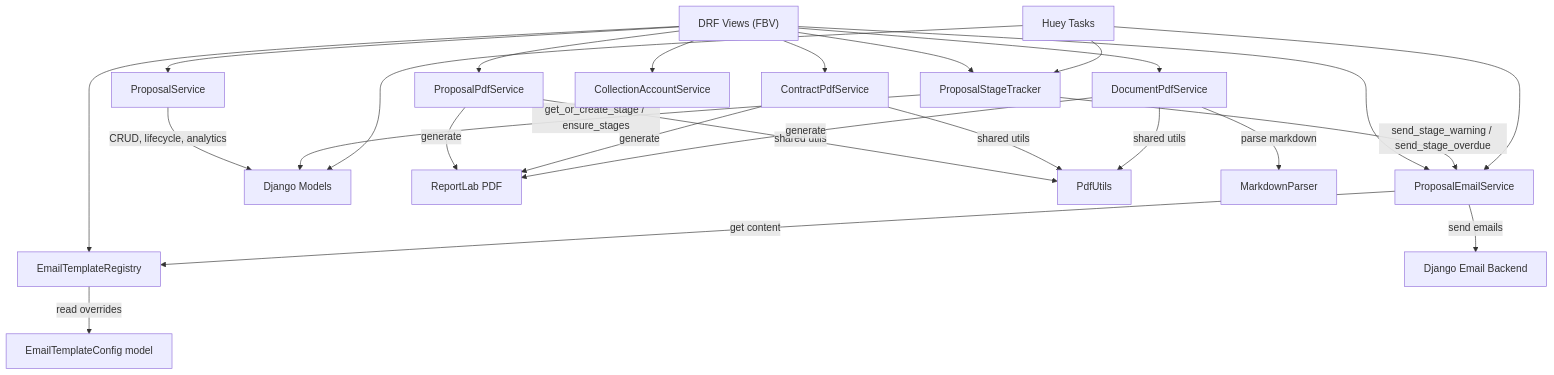
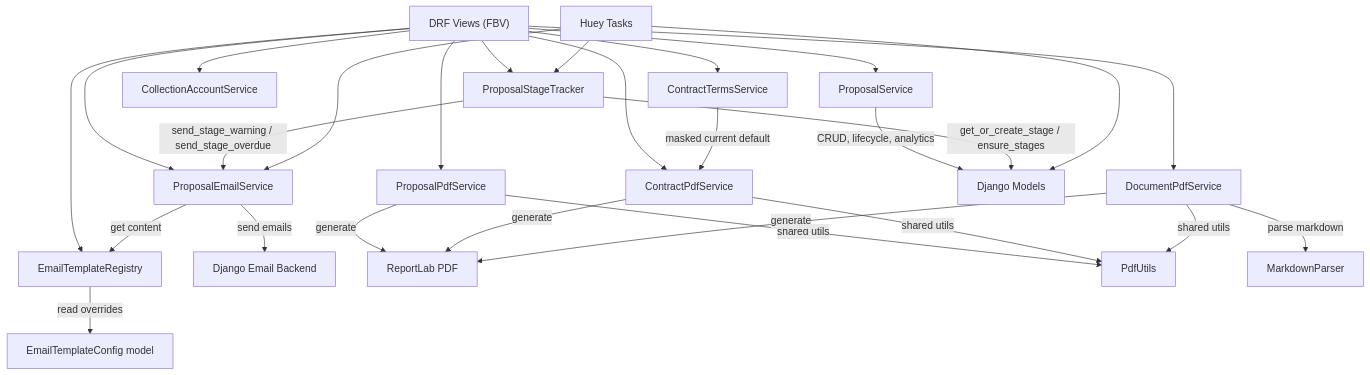
The fifth of 12 diagrams in docs/methodology/architecture.md (gustavop-dev/projectapp), drawn with Mermaid before and after one commit. The commit also changed other lines of this file and 52 other files, not shown here.

First line of the commit message:
feat: add contract terms proposal mode (#234)

````diff
--- a/docs/methodology/architecture.md
+++ b/docs/methodology/architecture.md
@@ -217,29 +217,31 @@
 ```mermaid
 flowchart TD
     Views["DRF Views (FBV)"] --> PS["ProposalService"]
     Views --> PES["ProposalEmailService"]
     Views --> PPDF["ProposalPdfService"]
     Views --> CPDF["ContractPdfService"]
+    Views --> CTS["ContractTermsService"]
     Views --> ETR["EmailTemplateRegistry"]
     Views --> DPS["DocumentPdfService"]
     Views --> CAS["CollectionAccountService"]
     Views --> PST["ProposalStageTracker"]
 
     PS -->|CRUD, lifecycle, analytics| Models["Django Models"]
     PES -->|send emails| SMTP["Django Email Backend"]
     PES -->|get content| ETR
     PST -->|get_or_create_stage / ensure_stages| Models
     PST -->|send_stage_warning / send_stage_overdue| PES
     PPDF -->|generate| ReportLab["ReportLab PDF"]
     PPDF -->|shared utils| PU["PdfUtils"]
     CPDF -->|generate| ReportLab
     CPDF -->|shared utils| PU
+    CTS -->|masked current default| CPDF
     DPS -->|generate| ReportLab
     DPS -->|shared utils| PU
     DPS -->|parse markdown| MP["MarkdownParser"]
     ETR -->|read overrides| ETC["EmailTemplateConfig model"]
 
     HueyTasks["Huey Tasks"] --> PES
     HueyTasks --> PST
     HueyTasks --> Models
 ```
````
